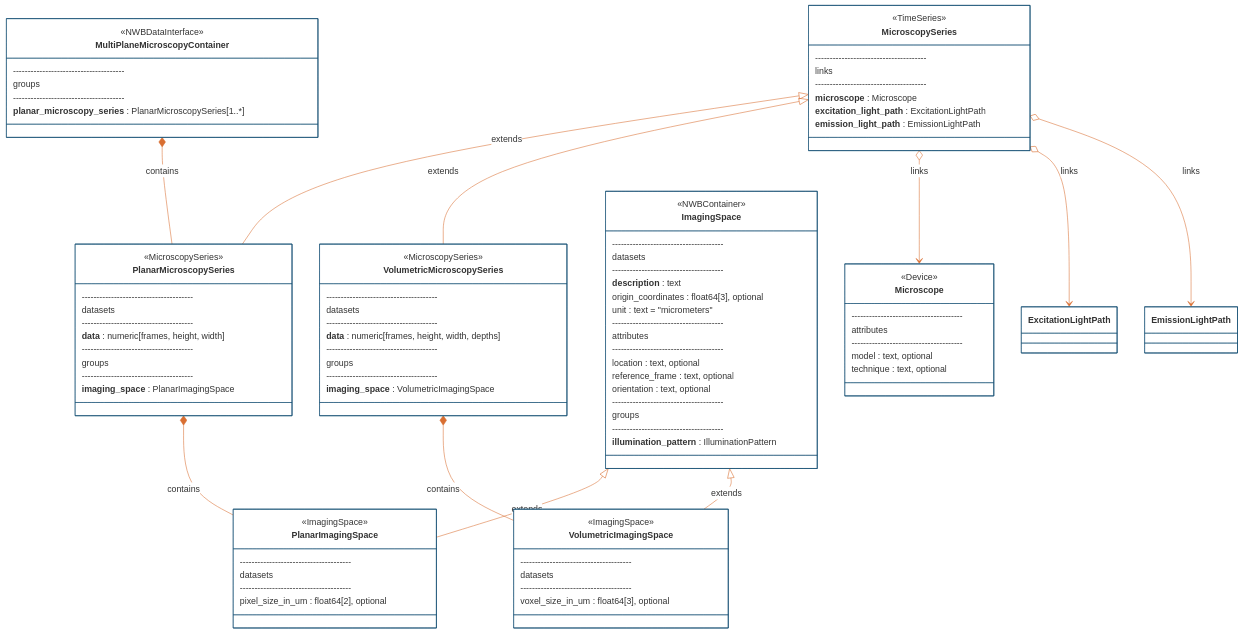
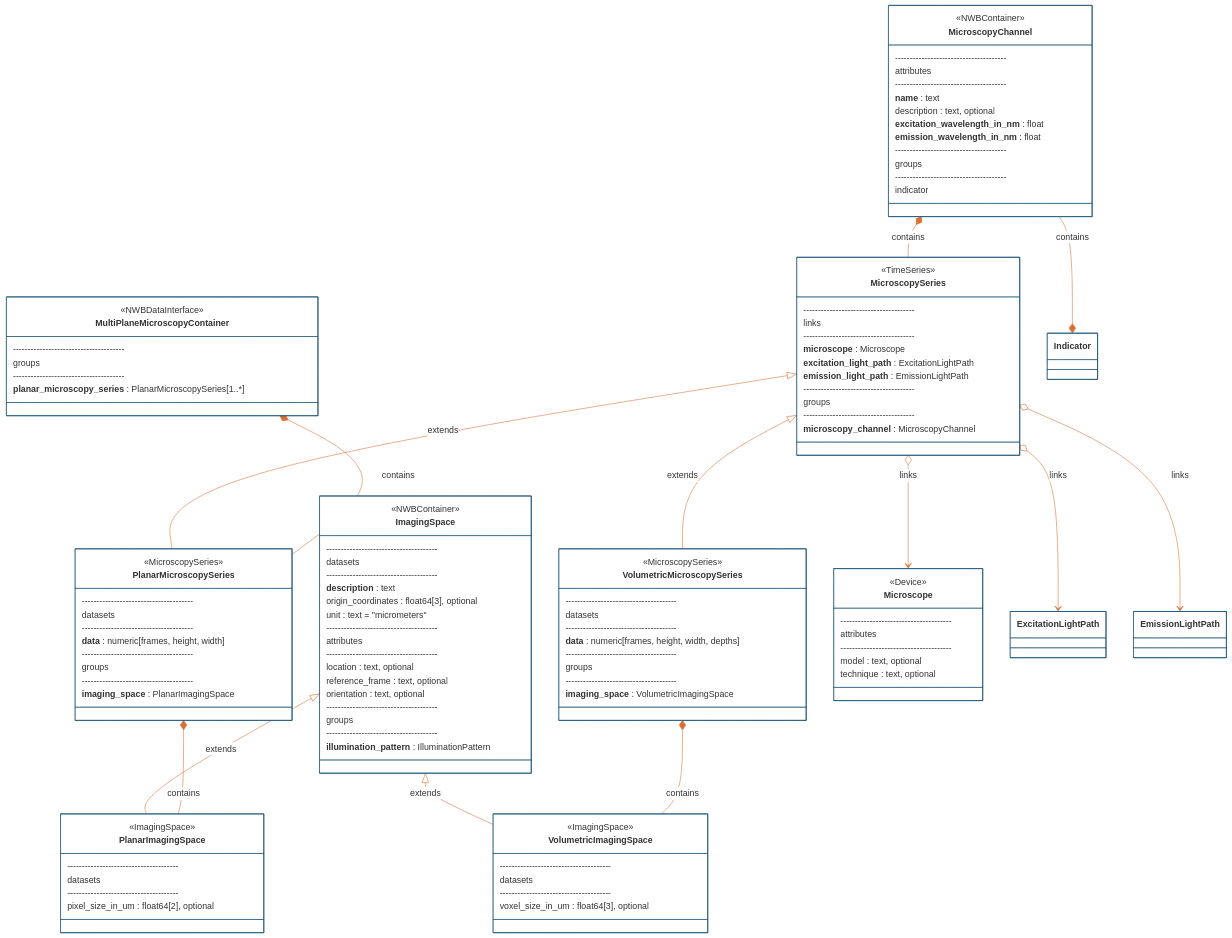
The third of 4 diagrams in README.md (catalystneuro/ndx-microscopy), drawn with Mermaid before and after one commit. The commit also changed other lines of this file, not shown here.

````diff
--- a/README.md
+++ b/README.md
@@ -276,6 +277,21 @@
 
 classDiagram
     direction TB
+
+    class MicroscopyChannel {
+        <<NWBContainer>>
+        --------------------------------------
+        attributes
+        --------------------------------------
+        **name** : text
+        description : text, optional
+        **excitation_wavelength_in_nm** : float
+        **emission_wavelength_in_nm** : float
+        --------------------------------------
+        groups
+        --------------------------------------
+        indicator
+    }
 
     class MicroscopySeries {
         <<TimeSeries>>
@@ -285,6 +301,11 @@
         **microscope** : Microscope
         **excitation_light_path** : ExcitationLightPath
         **emission_light_path** : EmissionLightPath
+        --------------------------------------
+        groups
+        --------------------------------------
+        **microscopy_channel** : MicroscopyChannel
+
     }
 
     class PlanarMicroscopySeries {
@@ -375,4 +396,6 @@
     MicroscopySeries o--> Microscope : links
     MicroscopySeries o--> ExcitationLightPath : links
     MicroscopySeries o--> EmissionLightPath : links
+    MicroscopyChannel *-- MicroscopySeries : contains    
+    MicroscopyChannel --* Indicator : contains
 ```
````
